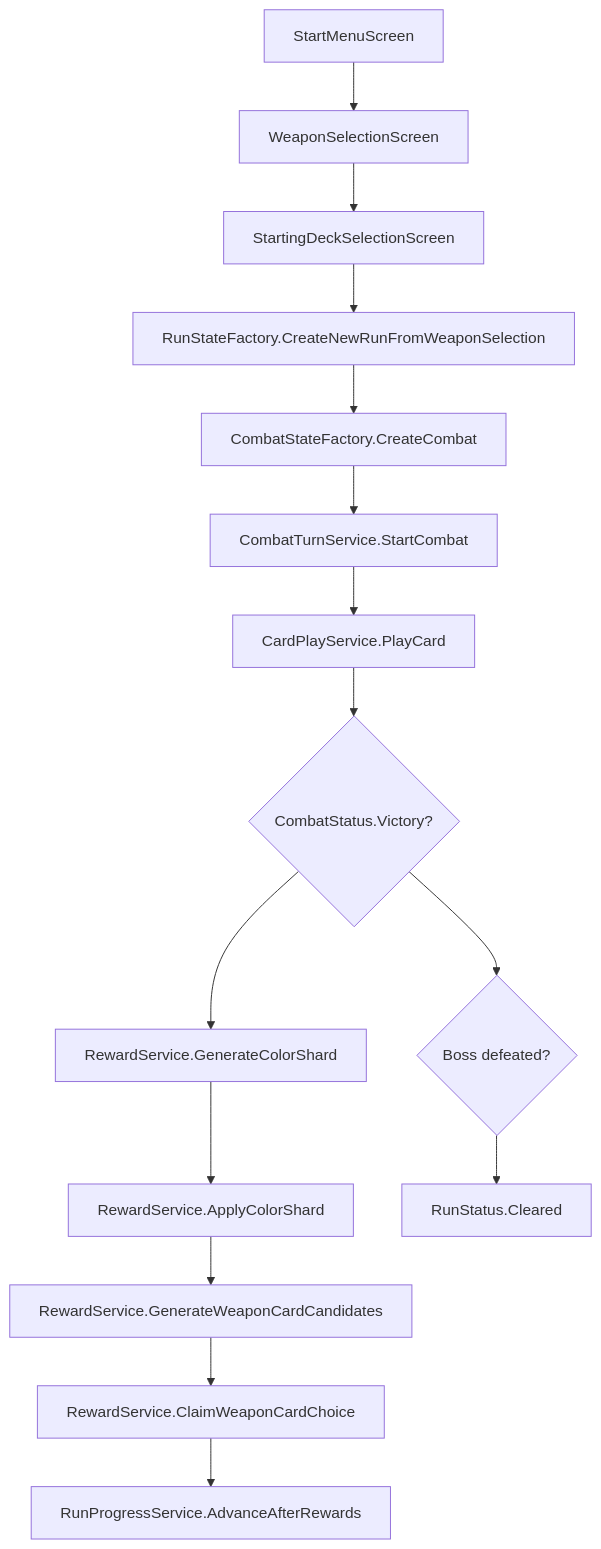
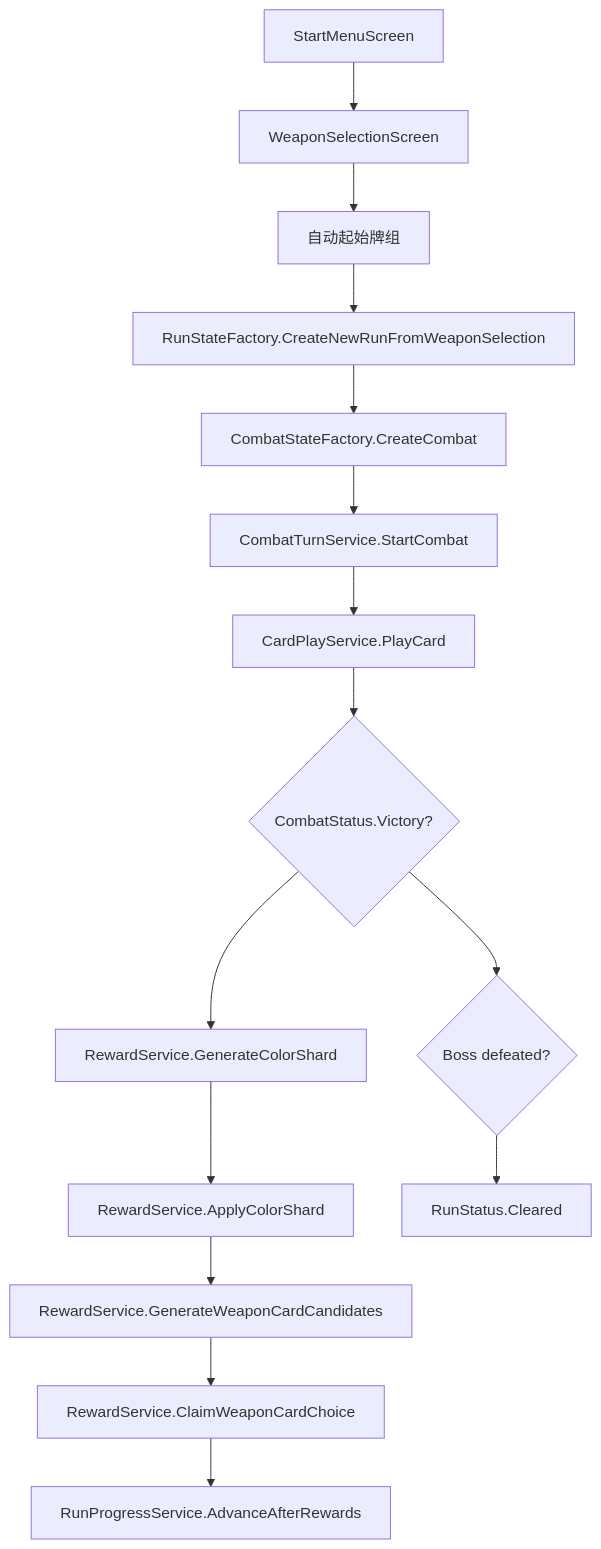
The diagram in game/README.md (MetalLee/RoguelikeCardGame), drawn with Mermaid before and after one commit. The commit also changed other lines of this file and 47 other files, not shown here.

````diff
--- a/game/README.md
+++ b/game/README.md
@@ -21,17 +21,17 @@
 ```mermaid
 flowchart TD
   A["StartMenuScreen"] --> B["WeaponSelectionScreen"]
-  B --> C["StartingDeckSelectionScreen"]
+  B --> C["自动起始牌组"]
   C --> D["RunStateFactory.CreateNewRunFromWeaponSelection"]
   D --> E["CombatStateFactory.CreateCombat"]
   E --> F["CombatTurnService.StartCombat"]
   F --> G["CardPlayService.PlayCard"]
   G --> H{"CombatStatus.Victory?"}
   H --> I["RewardService.GenerateColorShard"]
   I --> J["RewardService.ApplyColorShard"]
   J --> K["RewardService.GenerateWeaponCardCandidates"]
   K --> L["RewardService.ClaimWeaponCardChoice"]
   L --> M["RunProgressService.AdvanceAfterRewards"]
   H --> N{"Boss defeated?"}
   N --> O["RunStatus.Cleared"]
 ```
````
